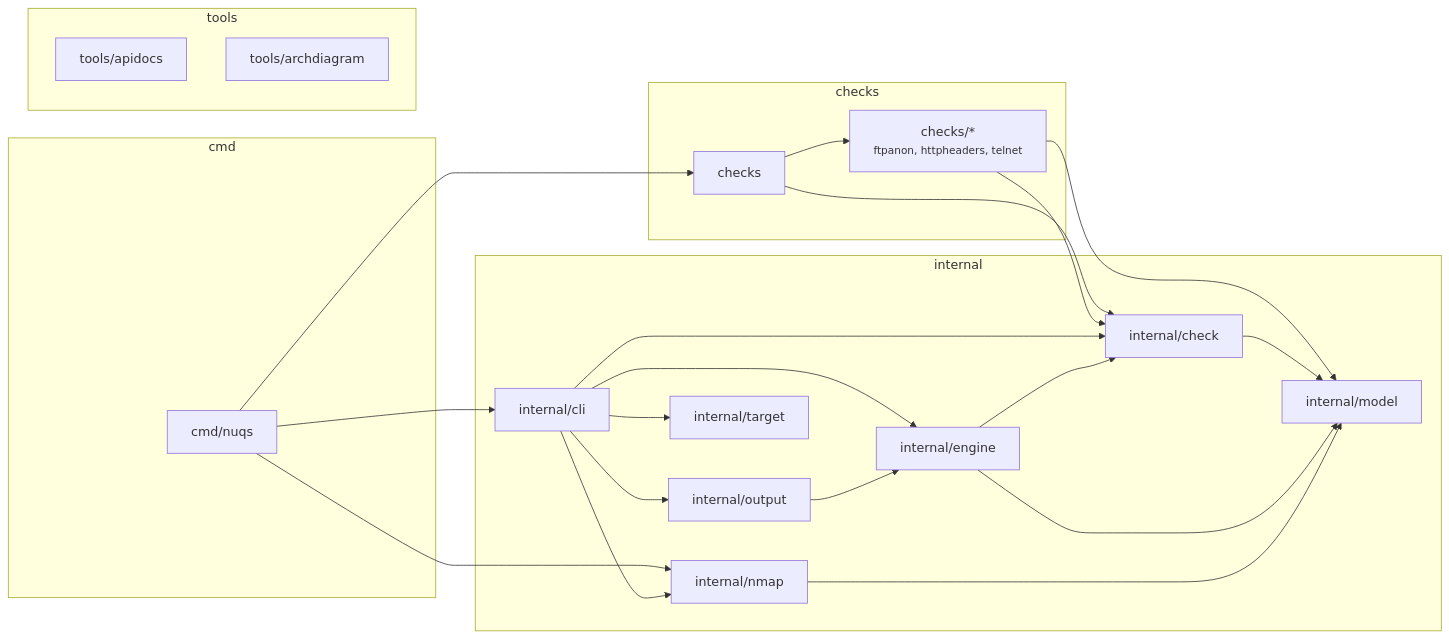
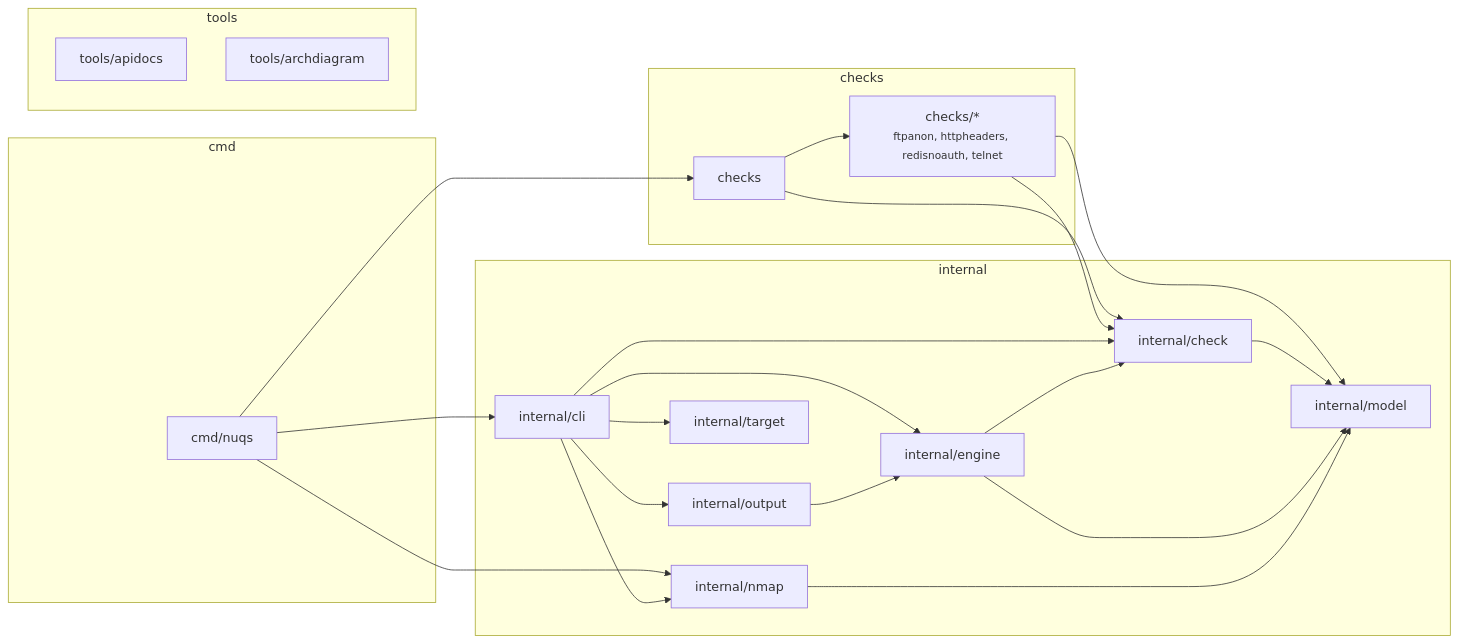
Before and after one commit to 92meharali/nuqs: the diagram in docs/architecture.md, drawn with Mermaid. The commit also changed other lines of this file, not shown here.

Commit message:
update architecture diagram

````diff
--- a/docs/architecture.md
+++ b/docs/architecture.md
@@ -10,40 +10,40 @@
 ```mermaid
 flowchart LR
   subgraph n_g_checks ["checks"]
     n_checks["checks"]
-    n_checks__["checks/*<br/><small>ftpanon, httpheaders, telnet</small>"]
+    n_checks__["checks/*<br/><small>ftpanon, httpheaders, redisnoauth, telnet</small>"]
   end
   subgraph n_g_cmd ["cmd"]
     n_cmd_nuqs["cmd/nuqs"]
   end
   subgraph n_g_internal ["internal"]
     n_internal_check["internal/check"]
     n_internal_cli["internal/cli"]
     n_internal_engine["internal/engine"]
     n_internal_model["internal/model"]
     n_internal_nmap["internal/nmap"]
     n_internal_output["internal/output"]
     n_internal_target["internal/target"]
   end
   subgraph n_g_tools ["tools"]
     n_tools_apidocs["tools/apidocs"]
     n_tools_archdiagram["tools/archdiagram"]
   end
   n_checks --> n_checks__
   n_checks --> n_internal_check
   n_checks__ --> n_internal_check
   n_checks__ --> n_internal_model
   n_cmd_nuqs --> n_checks
   n_cmd_nuqs --> n_internal_cli
   n_cmd_nuqs --> n_internal_nmap
   n_internal_check --> n_internal_model
   n_internal_cli --> n_internal_check
   n_internal_cli --> n_internal_engine
   n_internal_cli --> n_internal_nmap
   n_internal_cli --> n_internal_output
   n_internal_cli --> n_internal_target
   n_internal_engine --> n_internal_check
   n_internal_engine --> n_internal_model
   n_internal_nmap --> n_internal_model
   n_internal_output --> n_internal_engine
 ```
````
